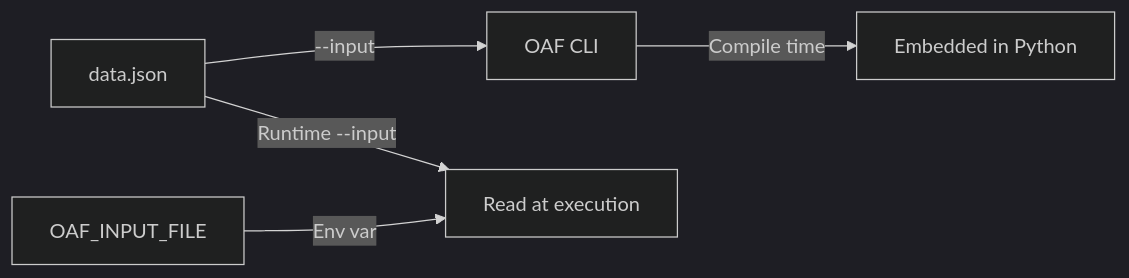
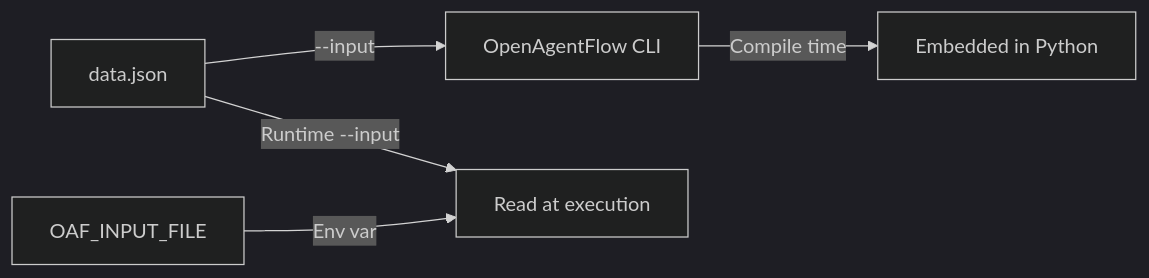
The second of 2 diagrams in docs/guides/configuration.md (OpenAgentFlow/OpenAgentFlow), drawn with Mermaid (dark theme) before and after one commit. The commit also changed other lines of this file and 10 other files, not shown here.

Commit message:
docs: standardize OpenAgentFlow brand name in high-visibility guides

````diff
--- a/docs/guides/configuration.md
+++ b/docs/guides/configuration.md
@@ -170,7 +170,7 @@
 ```mermaid
 graph LR
-    A["data.json"] -->|"--input"| B["OAF CLI"]
+    A["data.json"] -->|"--input"| B["OpenAgentFlow CLI"]
     B -->|"Compile time"| C["Embedded in Python"]
     A -->|"Runtime --input"| D["Read at execution"]
     E["OAF_INPUT_FILE"] -->|"Env var"| D
 ```
````
